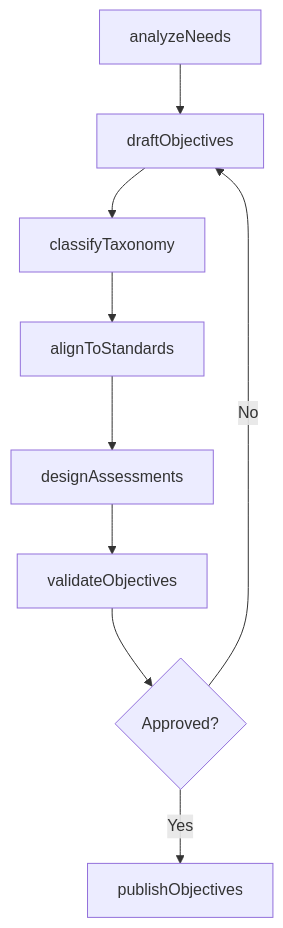
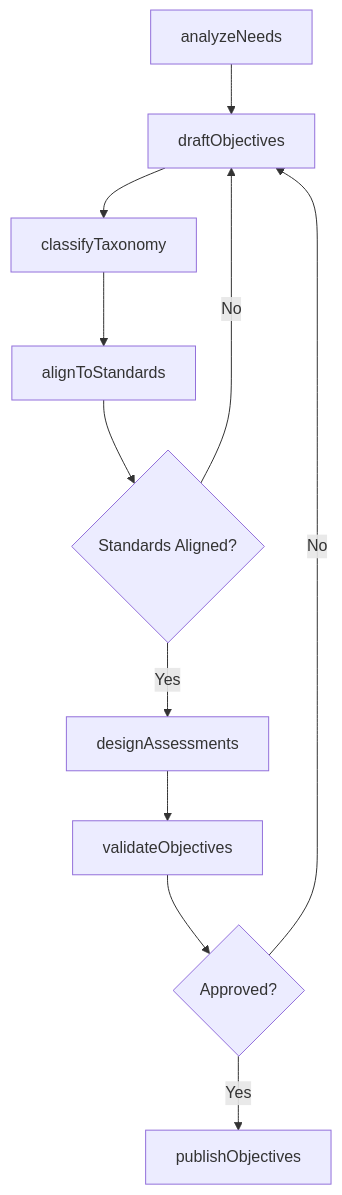
One commit to dot-org-ai/tasks.org.ai changed the third of 4 diagrams in ThinkingCreatively/DevelopEducationalProgramsPlansOrProcedures/DevelopInstructionalObjectives.mdx. Above: the diagram before and after it, drawn with Mermaid. The commit also changed other lines of this file and 504 other files, not shown here.

First line of the commit message:
feat: Add ER diagrams, state diagrams, and workflow improvements to 96 DWA task files

````diff
--- a/ThinkingCreatively/DevelopEducationalProgramsPlansOrProcedures/DevelopInstructionalObjectives.mdx
+++ b/ThinkingCreatively/DevelopEducationalProgramsPlansOrProcedures/DevelopInstructionalObjectives.mdx
@@ -86,11 +114,13 @@
 ```mermaid
 graph TD
     A[analyzeNeeds] --> B[draftObjectives]
     B --> C[classifyTaxonomy]
     C --> D[alignToStandards]
-    D --> E[designAssessments]
-    E --> F[validateObjectives]
-    F --> G{Approved?}
-    G -->|No| B
-    G -->|Yes| H[publishObjectives]
+    D --> E{Standards Aligned?}
+    E -->|No| B
+    E -->|Yes| F[designAssessments]
+    F --> G[validateObjectives]
+    G --> H{Approved?}
+    H -->|No| B
+    H -->|Yes| I[publishObjectives]
 ```
````
